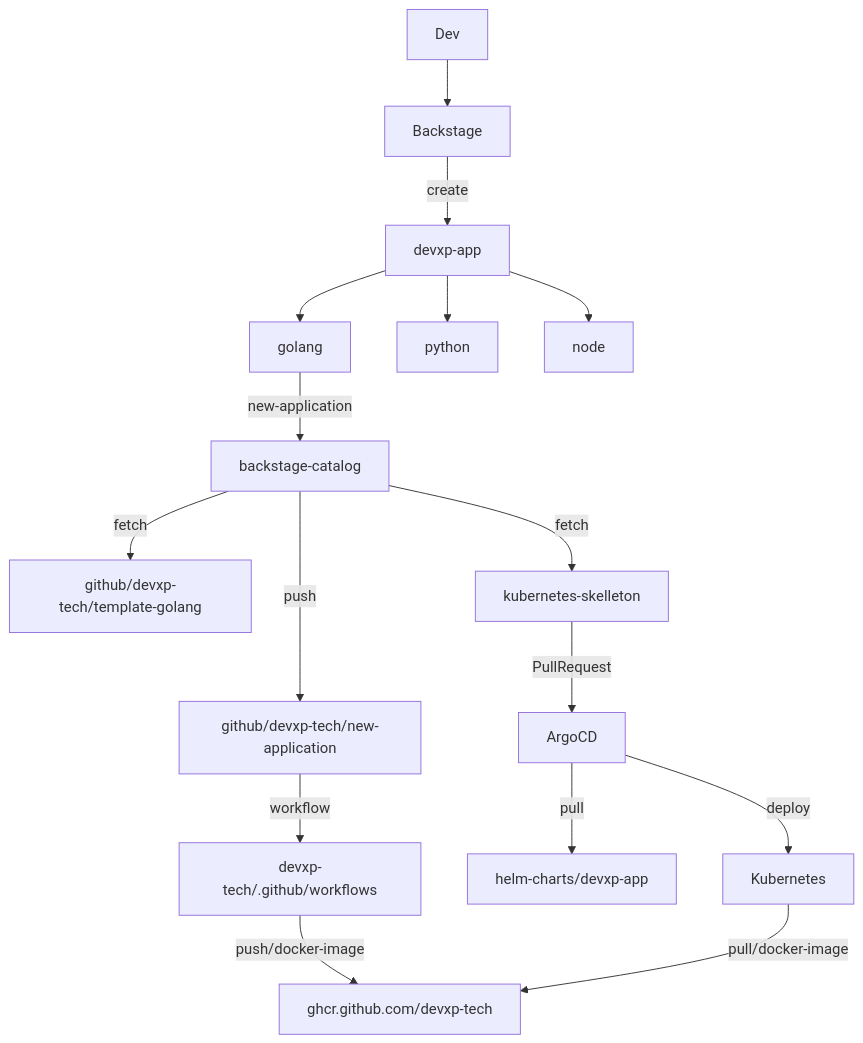
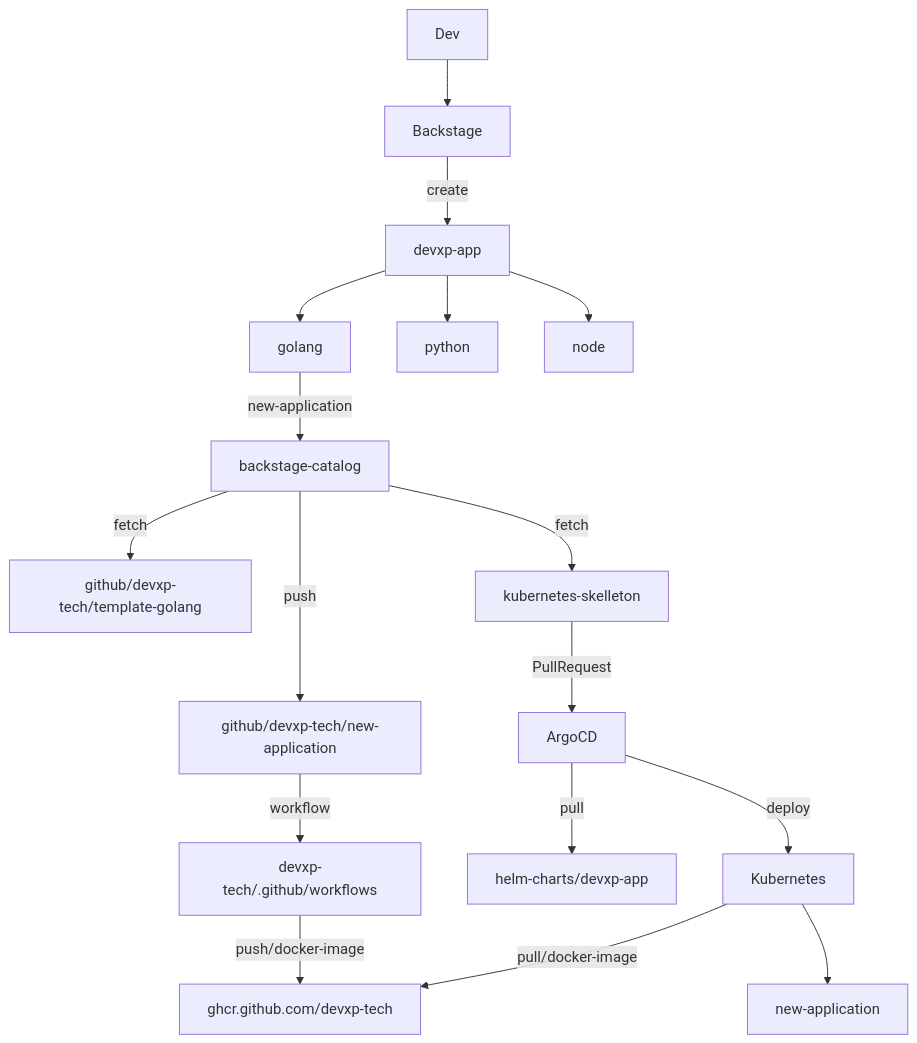
The diagram in README.md (devxp-tech/backstage), drawn with Mermaid before and after one commit. The commit also changed other lines of this file, not shown here.

````diff
--- a/README.md
+++ b/README.md
@@ -54,18 +57,19 @@
 ```mermaid
 graph TD;
     Dev-->Backstage;
     Backstage--create-->devxp-app;
     devxp-app-->golang;
     devxp-app-->python;
     devxp-app-->node;
     golang--new-application-->backstage-catalog;
     backstage-catalog--fetch-->github/devxp-tech/template-golang;
     backstage-catalog--fetch-->kubernetes-skelleton;
     backstage-catalog--push-->github/devxp-tech/new-application;
     kubernetes-skelleton--PullRequest-->ArgoCD;
     github/devxp-tech/new-application--workflow-->devxp-tech/.github/workflows;
     ArgoCD--pull-->helm-charts/devxp-app;
     ArgoCD--deploy-->Kubernetes;
     devxp-tech/.github/workflows--push/docker-image-->ghcr.github.com/devxp-tech;
     Kubernetes--pull/docker-image-->ghcr.github.com/devxp-tech;
+    Kubernetes-->new-application;
 ```
````
